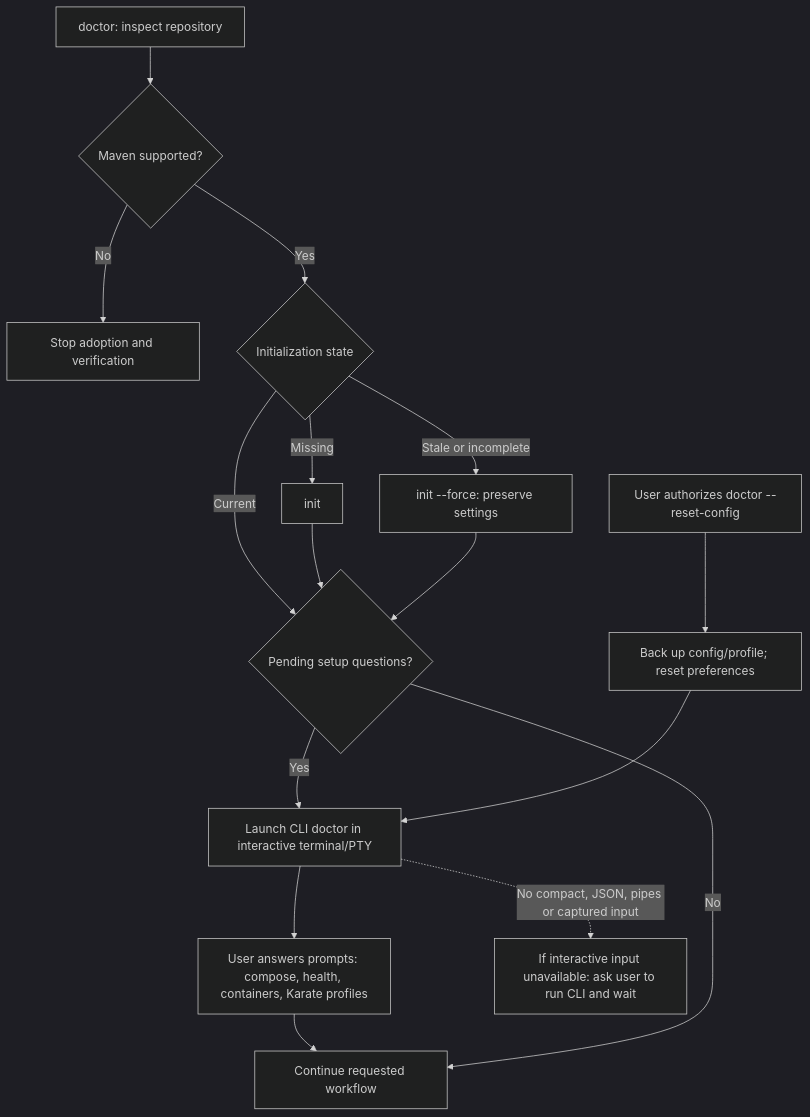
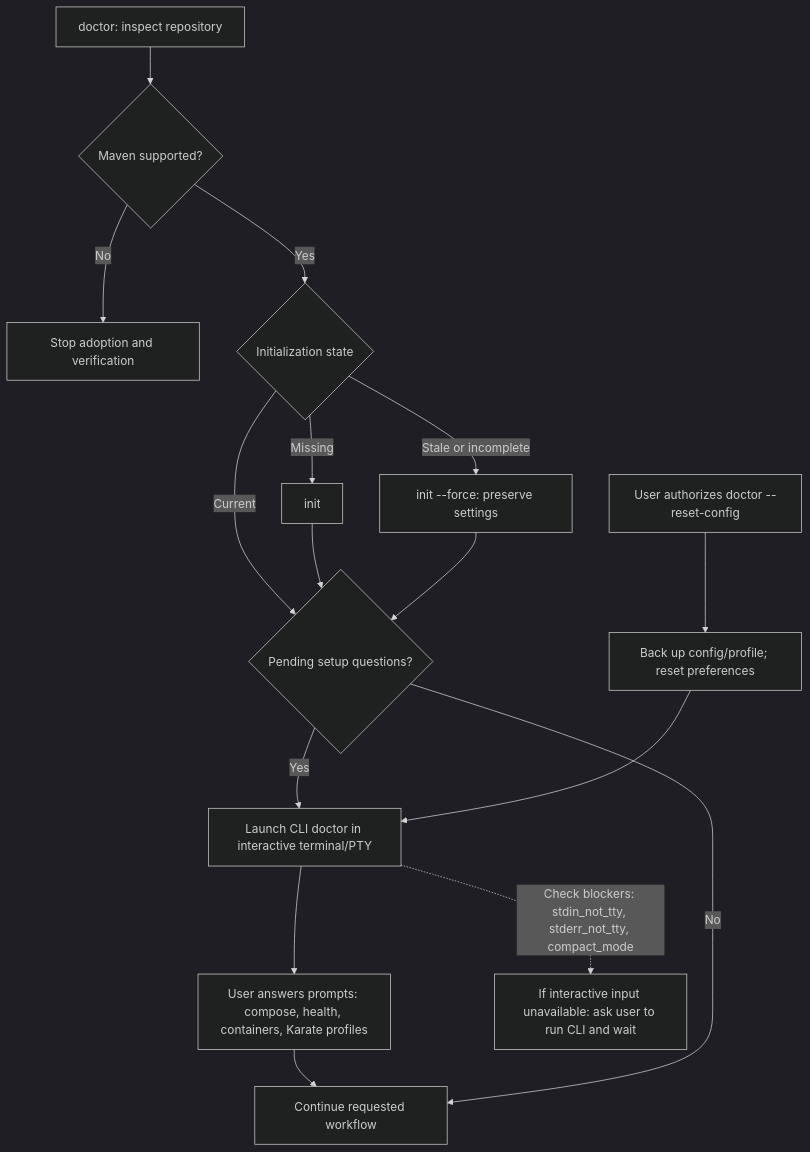
One commit to antonillos/makevn changed the first of 3 diagrams in docs/workflow-guidance.md. Above: the diagram before and after it, drawn with Mermaid (dark theme). The commit also changed other lines of this file and 6 other files, not shown here.

````diff
--- a/docs/workflow-guidance.md
+++ b/docs/workflow-guidance.md
@@ -8,18 +8,18 @@
 ```mermaid
 flowchart TD
     D[doctor: inspect repository] --> S{Maven supported?}
     S -->|No| STOP[Stop adoption and verification]
     S -->|Yes| I{Initialization state}
     I -->|Missing| INIT[init]
     I -->|Stale or incomplete| FORCE[init --force: preserve settings]
     I -->|Current| Q{Pending setup questions?}
     INIT --> Q
     FORCE --> Q
     Q -->|Yes| CLI[Launch CLI doctor in interactive terminal/PTY]
     CLI --> USER[User answers prompts: compose, health, containers, Karate profiles]
     USER --> READY[Continue requested workflow]
     Q -->|No| READY
     RESET[User authorizes doctor --reset-config] --> BACKUP[Back up config/profile; reset preferences]
     BACKUP --> CLI
-    CLI -. No compact, JSON, pipes or captured input .-> INPUT[If interactive input unavailable: ask user to run CLI and wait]
+    CLI -. Check blockers: stdin_not_tty, stderr_not_tty, compact_mode .-> INPUT[If interactive input unavailable: ask user to run CLI and wait]
 ```
````
